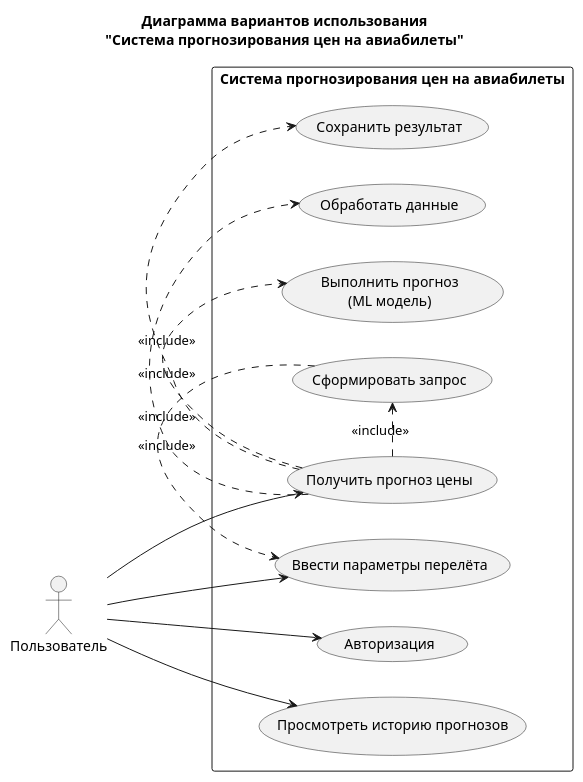
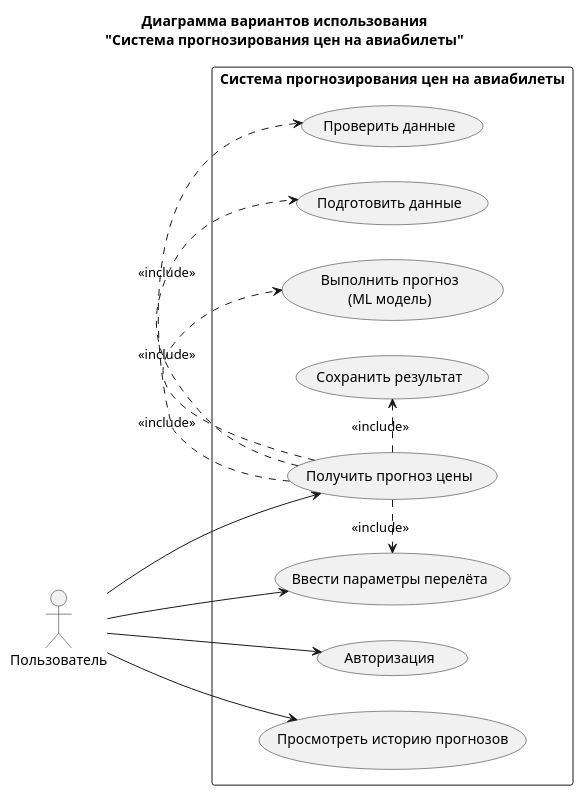
One commit to Mytyai/4-course changed the diagram in spec-langs-8/lab2/code/usecase.puml. Above: the diagram before and after it, drawn with PlantUML. The commit also changed 10 other files, not shown here.

```diff
--- a/spec-langs-8/lab2/code/usecase.puml
+++ b/spec-langs-8/lab2/code/usecase.puml
@@ -1,31 +1,31 @@
 @startuml
 left to right direction
 title Диаграмма вариантов использования\n"Система прогнозирования цен на авиабилеты"
 
 actor "Пользователь" as User
 
 rectangle "Система прогнозирования цен на авиабилеты" {
 
   usecase "Авторизация" as UC1
   usecase "Ввести параметры перелёта" as UC2
-  usecase "Сформировать запрос" as UC3
-  usecase "Получить прогноз цены" as UC4
-  usecase "Просмотреть историю прогнозов" as UC5
-  usecase "Сохранить результат" as UC6
-  usecase "Обработать данные" as UC7
-  usecase "Выполнить прогноз\n(ML модель)" as UC8
+  usecase "Получить прогноз цены" as UC3
+  usecase "Просмотреть историю прогнозов" as UC4
+  usecase "Проверить данные" as UC5
+  usecase "Подготовить данные" as UC6
+  usecase "Выполнить прогноз\n(ML модель)" as UC7
+  usecase "Сохранить результат" as UC8
 
 }
 
 User --> UC1
 User --> UC2
+User --> UC3
 User --> UC4
-User --> UC5
 
-UC4 .> UC3 : <<include>>
 UC3 .> UC2 : <<include>>
-UC4 .> UC7 : <<include>>
-UC4 .> UC8 : <<include>>
-UC4 .> UC6 : <<include>>
+UC3 .> UC5 : <<include>>
+UC3 .> UC6 : <<include>>
+UC3 .> UC7 : <<include>>
+UC3 .> UC8 : <<include>>
 
 @enduml
```
